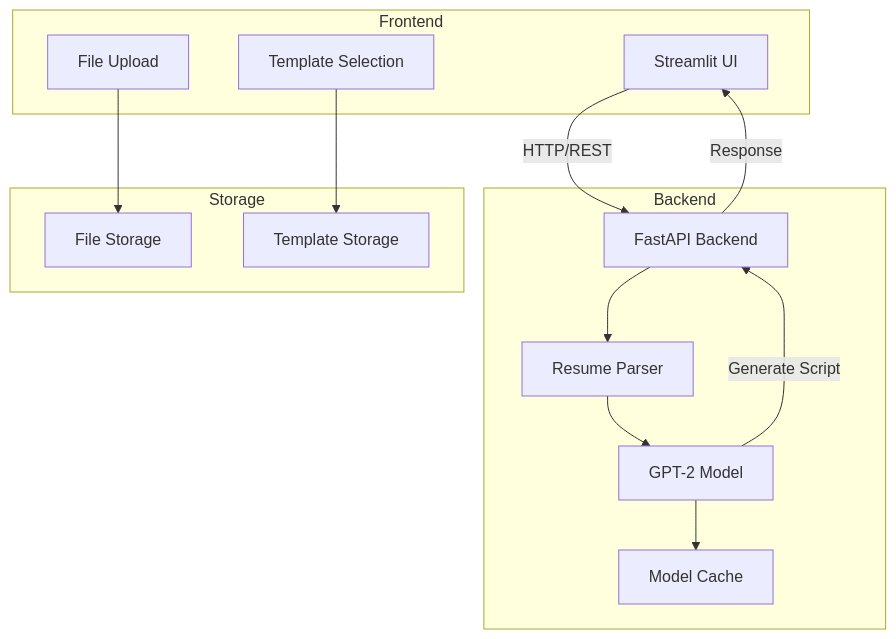
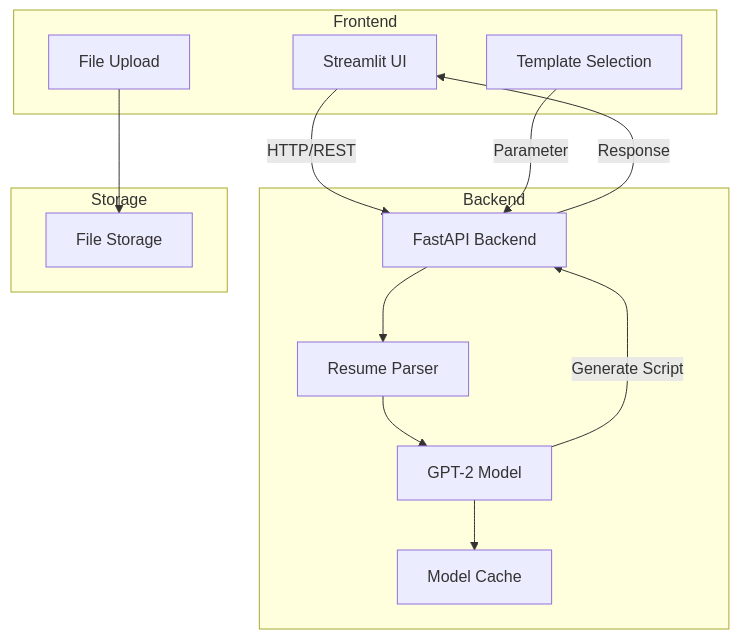
The first of 2 diagrams in README.md (anil14349/resume_ssummarization), drawn with Mermaid before and after one commit.

````diff
--- a/README.md
+++ b/README.md
@@ -134,29 +134,28 @@
 ```mermaid
 graph TB
     subgraph Frontend
         UI[Streamlit UI]
         Upload[File Upload]
         Template[Template Selection]
     end
 
     subgraph Backend
         API[FastAPI Backend]
         Parser[Resume Parser]
         Model[GPT-2 Model]
         Cache[Model Cache]
     end
 
     subgraph Storage
         Files[File Storage]
-        Templates[Template Storage]
     end
 
     UI --> |HTTP/REST| API
     Upload --> Files
-    Template --> Templates
+    Template --> |Parameter| API
     API --> Parser
     Parser --> Model
     Model --> Cache
     Model --> |Generate Script| API
     API --> |Response| UI
 ```
````
